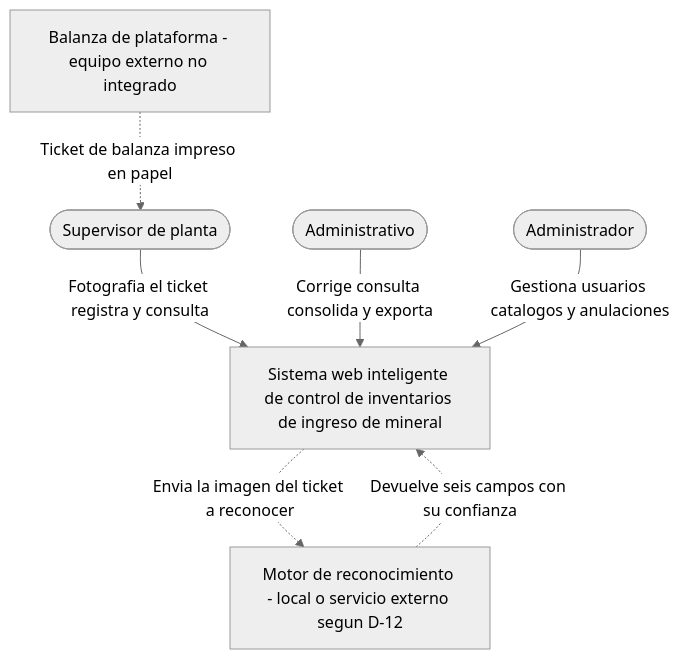
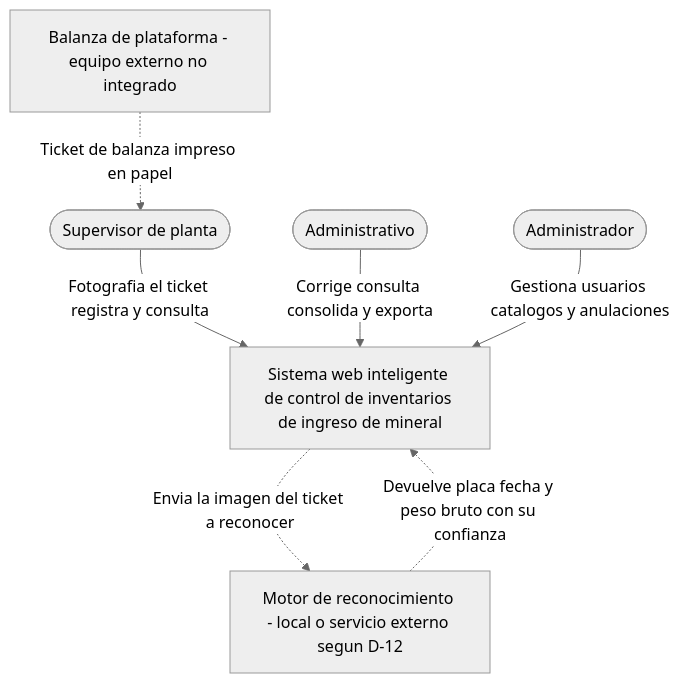
Before and after one commit to adlerOmonte1/LogisticaMinera: the first of 7 diagrams in docs/model-c4/ARQ-03_Modelo_C4.md, drawn with Mermaid (neutral theme). The commit also changed other lines of this file and 91 other files, not shown here.

````diff
--- a/docs/model-c4/ARQ-03_Modelo_C4.md
+++ b/docs/model-c4/ARQ-03_Modelo_C4.md
@@ -34,19 +34,19 @@
 ```mermaid
 flowchart TB
     ADM(["Administrador"])
     ADV(["Administrativo"])
     SUP(["Supervisor de planta"])
 
     SIS["Sistema web inteligente de control de inventarios de ingreso de mineral"]
 
     BAL["Balanza de plataforma - equipo externo no integrado"]
     MOT["Motor de reconocimiento - local o servicio externo segun D-12"]
 
     SUP -->|Fotografia el ticket registra y consulta| SIS
     ADV -->|Corrige consulta consolida y exporta| SIS
     ADM -->|Gestiona usuarios catalogos y anulaciones| SIS
 
     BAL -.->|Ticket de balanza impreso en papel| SUP
     SIS -.->|Envia la imagen del ticket a reconocer| MOT
-    MOT -.->|Devuelve seis campos con su confianza| SIS
+    MOT -.->|Devuelve placa fecha y peso bruto con su confianza| SIS
 ```
````
